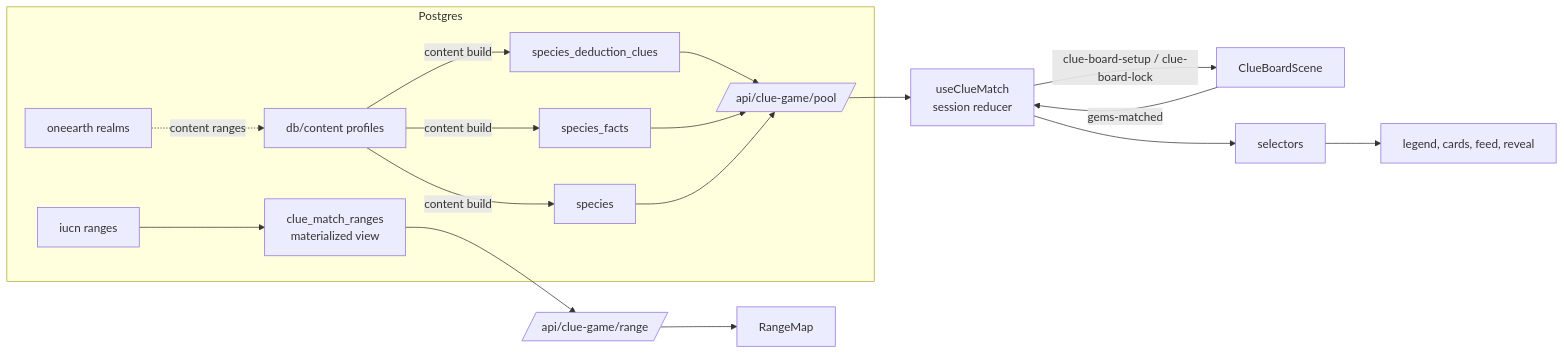
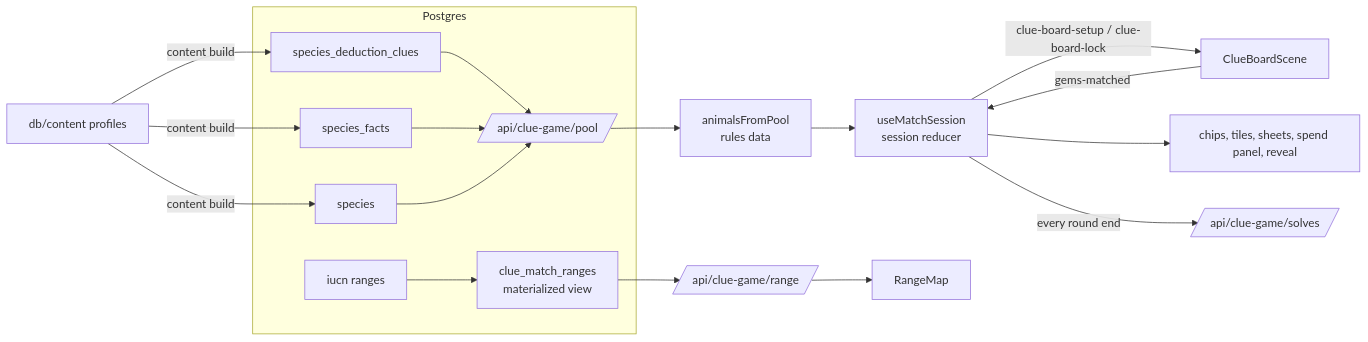
The diagram in docs/CLUE_MATCH.md (kc0588615/phaser-june), drawn with Mermaid before and after one commit. The commit also changed other lines of this file and 138 other files, not shown here.

Commit message:
game: plan 041 question-match redesign at /explore (charges, toys, look-alikes, sfx); remove old clue-match UI; docs, e2e, branding

````diff
--- a/docs/CLUE_MATCH.md
+++ b/docs/CLUE_MATCH.md
@@ -26,16 +28,16 @@
 ```mermaid
 flowchart LR
   J[db/content profiles] -->|content build| C & F & S
   subgraph Postgres
     C[species_deduction_clues] --> P
     F[species_facts] --> P
     S[species] --> P
     I[iucn ranges] --> R[clue_match_ranges<br/>materialized view]
-    O[oneearth realms] -.->|content ranges| J
   end
-  P[/api/clue-game/pool/] --> H[useClueMatch<br/>session reducer]
+  P[/api/clue-game/pool/] --> A[animalsFromPool<br/>rules data] --> H[useMatchSession<br/>session reducer]
   R --> M[/api/clue-game/range/] --> RM[RangeMap]
   B[ClueBoardScene] -- gems-matched --> H
   H -- clue-board-setup / clue-board-lock --> B
-  H --> SEL[selectors] --> UI[legend, cards, feed, reveal]
+  H --> UI[chips, tiles, sheets, spend panel, reveal]
+  H -- every round end --> SV[/api/clue-game/solves/]
 ```
````
